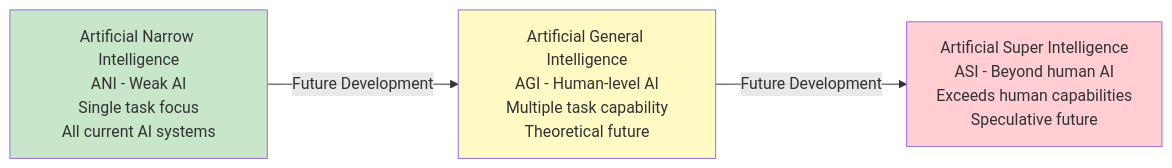
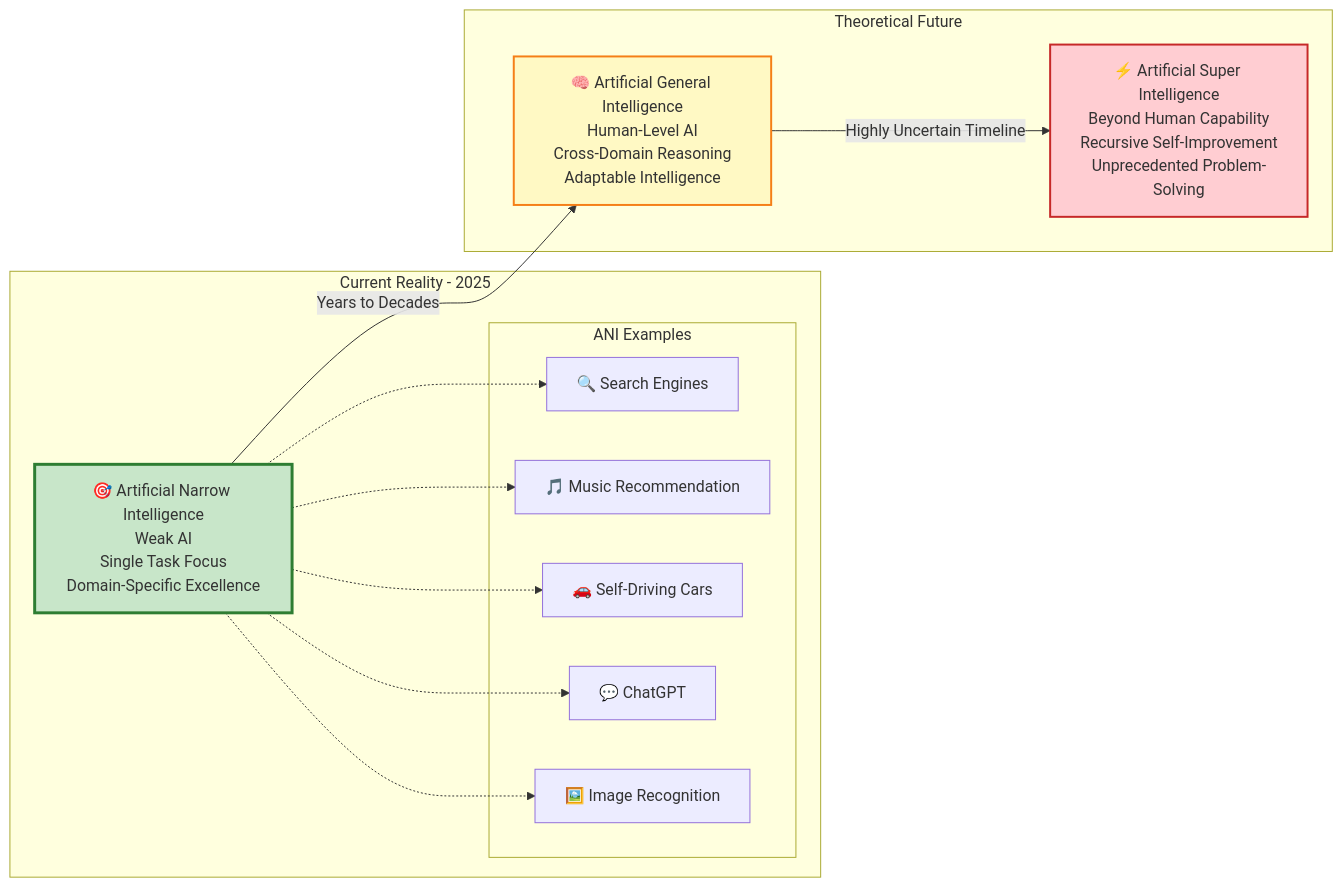
Before and after one commit to kishorekkota/kishorekkota.github.io: the second of 37 diagrams in llm_ai/ai_concepts_visualizations.md, drawn with Mermaid. The commit also changed other lines of this file and 2 other files, not shown here.

````diff
--- a/llm_ai/ai_concepts_visualizations.md
+++ b/llm_ai/ai_concepts_visualizations.md
@@ -30,13 +73,33 @@
 ```mermaid
 graph LR
-    ANI[Artificial Narrow Intelligence<br/>ANI - Weak AI<br/>Single task focus<br/>All current AI systems]
-    AGI[Artificial General Intelligence<br/>AGI - Human-level AI<br/>Multiple task capability<br/>Theoretical future]
-    ASI[Artificial Super Intelligence<br/>ASI - Beyond human AI<br/>Exceeds human capabilities<br/>Speculative future]
+    subgraph "Current Reality - 2025"
+        ANI[🎯 Artificial Narrow Intelligence<br/>Weak AI<br/>Single Task Focus<br/>Domain-Specific Excellence]
+        
+        subgraph "ANI Examples"
+            ANI_EX1[🔍 Search Engines]
+            ANI_EX2[🎵 Music Recommendation]
+            ANI_EX3[🚗 Self-Driving Cars]
+            ANI_EX4[💬 ChatGPT]
+            ANI_EX5[🖼️ Image Recognition]
+        end
+    end
     
-    ANI -->|Future Development| AGI
-    AGI -->|Future Development| ASI
+    subgraph "Theoretical Future"
+        AGI[🧠 Artificial General Intelligence<br/>Human-Level AI<br/>Cross-Domain Reasoning<br/>Adaptable Intelligence]
+        
+        ASI[⚡ Artificial Super Intelligence<br/>Beyond Human Capability<br/>Recursive Self-Improvement<br/>Unprecedented Problem-Solving]
+    end
     
-    style ANI fill:#c8e6c9
-    style AGI fill:#fff9c4
-    style ASI fill:#ffcdd2
+    ANI -->|"Years to Decades"| AGI
+    AGI -->|"Highly Uncertain Timeline"| ASI
+    
+    ANI -.-> ANI_EX1
+    ANI -.-> ANI_EX2
+    ANI -.-> ANI_EX3
+    ANI -.-> ANI_EX4
+    ANI -.-> ANI_EX5
+    
+    style ANI fill:#c8e6c9,stroke:#2E7D32,stroke-width:3px
+    style AGI fill:#fff9c4,stroke:#F57F17,stroke-width:2px
+    style ASI fill:#ffcdd2,stroke:#C62828,stroke-width:2px
 ```
````
